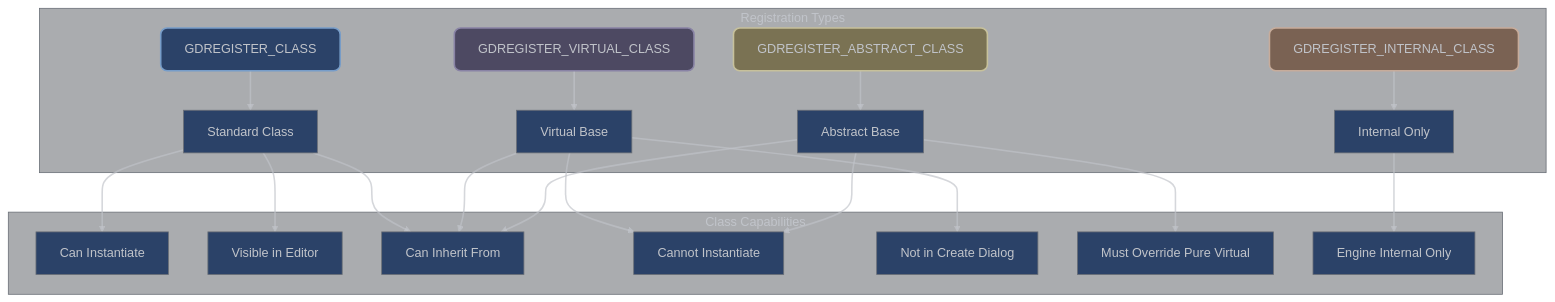
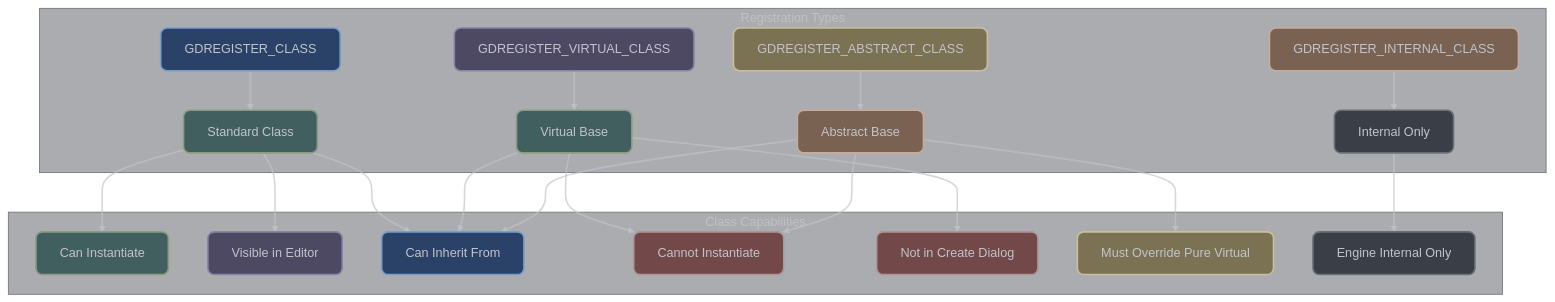
Before and after one commit to vorlac/gdextension-docs: the diagram in docs/engine_integration/class-registration-inheritance.md, drawn with Mermaid. The commit also changed 16 other files, not shown here.

````diff
--- a/docs/engine_integration/class-registration-inheritance.md
+++ b/docs/engine_integration/class-registration-inheritance.md
@@ -9,51 +9,81 @@
 ```mermaid
 ---
 config:
     theme: 'base'
     curve: 'straight'
     themeVariables:
         darkMode: true
         clusterBkg: '#22272f62'
         clusterBorder: '#6a6f77ff'
         clusterTextColor: '#6a6f77ff'
         lineColor: '#C1C4CAAA'
         background: '#262B33'
         primaryColor: '#2b4268ff'
         primaryTextColor: '#C1C4CAff'
         primaryBorderColor: '#6a6f77ff'
+        primaryLabelBkg: '#262B33'
+        secondaryColor: '#425f5fff'
+        secondaryBorderColor: '#8c9c81ff'
+        secondaryTextColor: '#C1C4CAff'
+        tertiaryColor: '#4d4962ff'
+        tertiaryBorderColor: '#8983a5ff'
+        tertiaryTextColor: '#eeeeee55'
         nodeTextColor: '#C1C4CA'
         defaultLinkColor: '#C1C4CA'
-        edgeLabelBackground: '#121212'
-        tertiaryTextColor: '#C1C4CA'
+        edgeLabelBackground: '#262B33'
+        edgeLabelBorderColor: '#C1C4CA'
+        labelTextColor: '#C1C4CA'
+        errorBkgColor: '#724848ff'
+        errorTextColor: '#C1C4CA'
+        flowchart:
+            curve: 'basis'
+            nodeSpacing: 50
+            rankSpacing: 50
+            subGraphTitleMargin:
+                top: 15
+                bottom: 15
+                left: 15
+                right: 15
 ---
 flowchart TB
     subgraph REGISTRATION["Registration Types"]
         A[GDREGISTER_CLASS] --> B[Standard Class]
         C[GDREGISTER_VIRTUAL_CLASS] --> D[Virtual Base]
         E[GDREGISTER_ABSTRACT_CLASS] --> F[Abstract Base]
         G[GDREGISTER_INTERNAL_CLASS] --> H[Internal Only]
     end
 
     subgraph CAPABILITIES["Class Capabilities"]
         B --> I[Can Instantiate]
         B --> J[Visible in Editor]
         B --> K[Can Inherit From]
 
         D --> L[Cannot Instantiate]
         D --> M[Not in Create Dialog]
         D --> K
 
         F --> L
         F --> N[Must Override Pure Virtual]
         F --> K
 
         H --> O[Engine Internal Only]
     end
 
-    linkStyle default stroke:#C1C4CAaa,stroke-width:2px,color:#C1C4CAaa
+    linkStyle default stroke:#C1C4CAaa,stroke-width:2px,color:#C1C4CA
 
     style A fill:#2b4268ff,stroke:#779DC9ff,stroke-width:2px,color:#C1C4CA,rx:8,ry:8
+    style B fill:#425f5fff,stroke:#8c9c81ff,stroke-width:2px,color:#C1C4CA,rx:8,ry:8
     style C fill:#4d4962ff,stroke:#8983a5ff,stroke-width:2px,color:#C1C4CA,rx:8,ry:8
+    style D fill:#425f5fff,stroke:#8c9c81ff,stroke-width:2px,color:#C1C4CA,rx:8,ry:8
     style E fill:#7a7253ff,stroke:#c7c19bff,stroke-width:2px,color:#C1C4CA,rx:8,ry:8
+    style F fill:#7a6253ff,stroke:#c7ac9bff,stroke-width:2px,color:#C1C4CA,rx:8,ry:8
     style G fill:#7a6253ff,stroke:#c7ac9bff,stroke-width:2px,color:#C1C4CA,rx:8,ry:8
+    style H fill:#3a3f47ff,stroke:#6a6f77ff,stroke-width:2px,color:#C1C4CA,rx:8,ry:8
+    style I fill:#425f5fff,stroke:#8c9c81ff,stroke-width:2px,color:#C1C4CA,rx:8,ry:8
+    style J fill:#4d4962ff,stroke:#8983a5ff,stroke-width:2px,color:#C1C4CA,rx:8,ry:8
+    style K fill:#2b4268ff,stroke:#779DC9ff,stroke-width:2px,color:#C1C4CA,rx:8,ry:8
+    style L fill:#724848ff,stroke:#ac9696ff,stroke-width:2px,color:#C1C4CA,rx:8,ry:8
+    style M fill:#724848ff,stroke:#ac9696ff,stroke-width:2px,color:#C1C4CA,rx:8,ry:8
+    style N fill:#7a7253ff,stroke:#c7c19bff,stroke-width:2px,color:#C1C4CA,rx:8,ry:8
+    style O fill:#3a3f47ff,stroke:#6a6f77ff,stroke-width:2px,color:#C1C4CA,rx:8,ry:8
 ```
````
